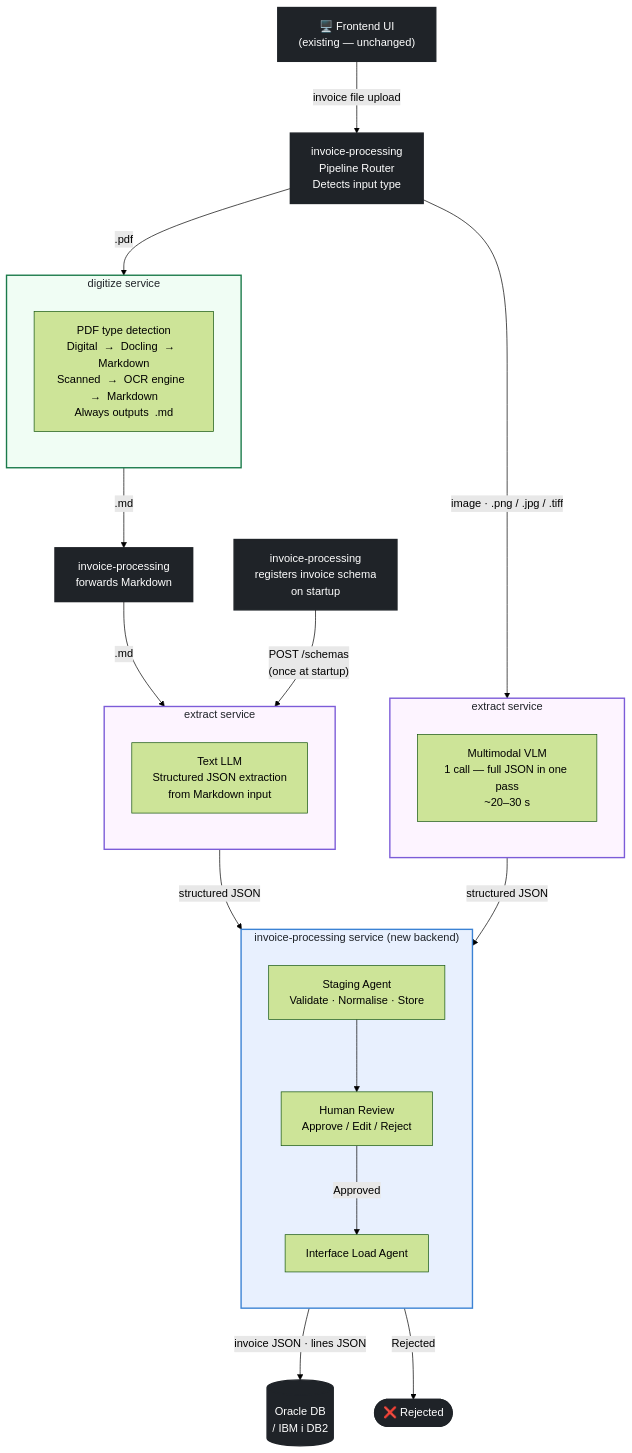
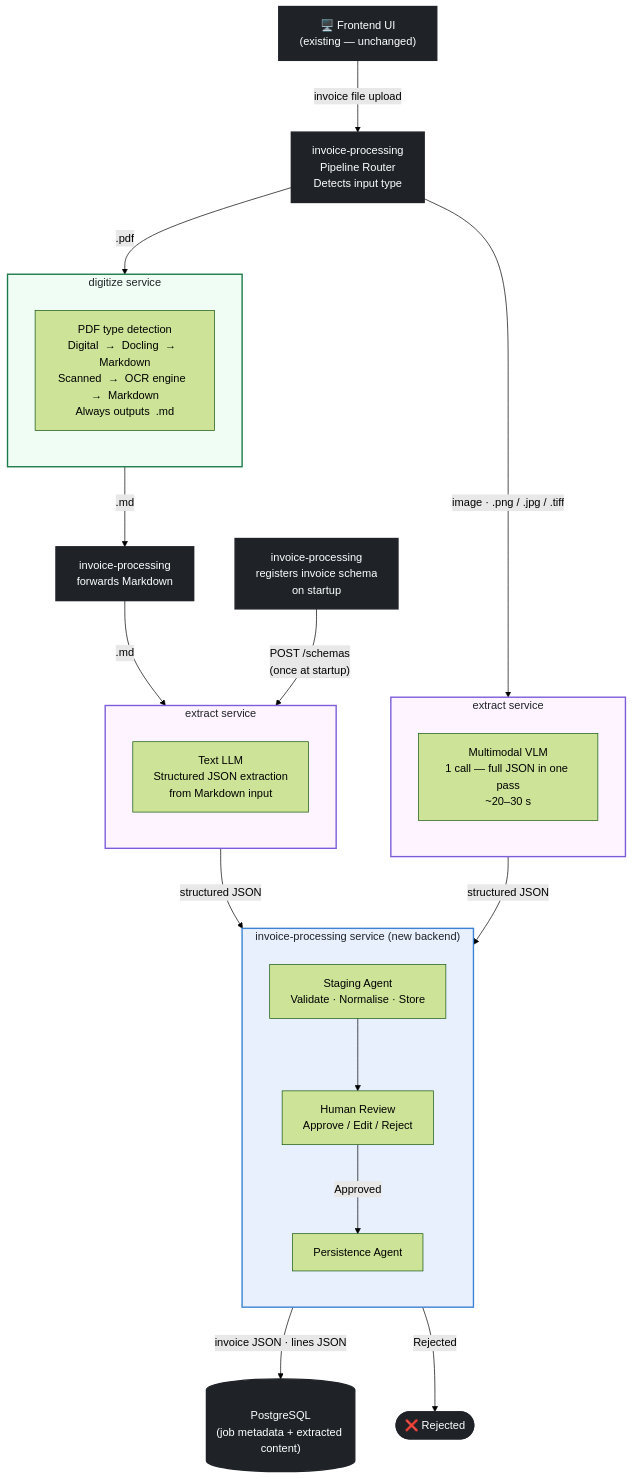
Before and after one commit to dharaneeshvrd/project-ai-services: the diagram in docs/proposals/invoice-processing-onboarding-plan.md, drawn with Mermaid (forest theme). The commit also changed other lines of this file, not shown here.

Commit message:
Update proposal to remove the reference of loading the processed invoice into IBMi DB2/Oracle DB

````diff
--- a/docs/proposals/invoice-processing-onboarding-plan.md
+++ b/docs/proposals/invoice-processing-onboarding-plan.md
@@ -26,65 +26,65 @@
 ```mermaid
 %%{init: {"flowchart": {"nodeSpacing": 60, "rankSpacing": 80, "fontSize": 18}} }%%
 flowchart TD
     %% ── INPUT ───────────────────────────────────────────────────
     UI["🖥️ Frontend UI\n(existing — unchanged)"]
     ROUTER["invoice-processing\nPipeline Router\nDetects input type"]
 
     UI -->|"invoice file upload"| ROUTER
 
     %% ── IMAGE PATH ──────────────────────────────────────────────
     ROUTER -->|"image  ·  .png / .jpg / .tiff"| EXTRACT_VLM
 
     subgraph SVC_EXTRACT_VLM["  extract service  "]
         direction TB
         EXTRACT_VLM["Multimodal VLM\n1 call — full JSON in one pass\n~20–30 s"]
     end
 
     %% ── PDF PATH ────────────────────────────────────────────────
     ROUTER -->|".pdf"| DIGITIZE
 
     subgraph SVC_DIGITIZE["  digitize service  "]
         direction TB
         DIGITIZE["PDF type detection\nDigital  →  Docling  →  Markdown\nScanned  →  OCR engine  →  Markdown\nAlways outputs  .md"]
     end
 
     subgraph SVC_EXTRACT_TXT["  extract service  "]
         direction TB
         EXTRACT_TXT["Text LLM\nStructured JSON extraction\nfrom Markdown input"]
     end
 
     DIGITIZE -->|".md"| IP_FWD["invoice-processing\nforwards Markdown"]
     IP_FWD -->|".md"| EXTRACT_TXT
 
     %% ── SCHEMA REGISTRATION (startup) ───────────────────────────
     SCHEMA_REG["invoice-processing\nregisters invoice schema\non startup"]
     SCHEMA_REG -->|"POST /schemas\n(once at startup)"| SVC_EXTRACT_TXT
 
     %% ── CONVERGENCE ─────────────────────────────────────────────
     EXTRACT_VLM -->|"structured JSON"| STAGING
     EXTRACT_TXT -->|"structured JSON"| STAGING
 
     subgraph SVC_IP["  invoice-processing service  (new backend)  "]
         direction TB
         STAGING["Staging Agent\nValidate · Normalise · Store"]
         REVIEW["Human Review\nApprove / Edit / Reject"]
-        LOAD["Interface Load Agent"]
-        STAGING --> REVIEW -->|"Approved"| LOAD
+        PERSIST["Persistence Agent"]
+        STAGING --> REVIEW -->|"Approved"| PERSIST
     end
 
-    LOAD -->|"invoice JSON  ·  lines JSON"| ORACLE[("Oracle DB\n/ IBM i DB2")]
+    PERSIST -->|"invoice JSON  ·  lines JSON"| POSTGRES[("PostgreSQL\n(job metadata + extracted content)")]
     REVIEW -->|"Rejected"| REJECTED(["❌ Rejected"])
 
     %% ── STYLES ──────────────────────────────────────────────────
     classDef svc_ip       fill:#e8f0fe,color:#1f2328,stroke:#3b82d4,stroke-width:2px
     classDef svc_digitize fill:#f0fdf4,color:#1f2328,stroke:#1a7a4a,stroke-width:2px
     classDef svc_extract  fill:#fdf4ff,color:#1f2328,stroke:#7c5cd8,stroke-width:2px
     classDef ui           fill:#1f2328,color:#fff,stroke:#1f2328,stroke-width:2px
-    classDef oracle       fill:#1f2328,color:#fff,stroke:#1f2328,stroke-width:2px
+    classDef postgres     fill:#1f2328,color:#fff,stroke:#1f2328,stroke-width:2px
 
     class SVC_IP svc_ip
     class SVC_DIGITIZE svc_digitize
     class SVC_EXTRACT_VLM,SVC_EXTRACT_TXT svc_extract
     class UI,ROUTER,IP_FWD,SCHEMA_REG ui
-    class ORACLE,REJECTED oracle
+    class POSTGRES,REJECTED postgres
 ```
````
